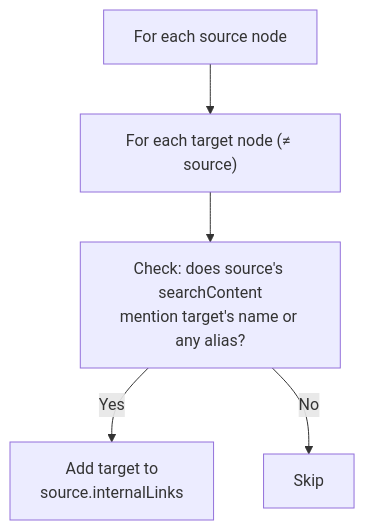
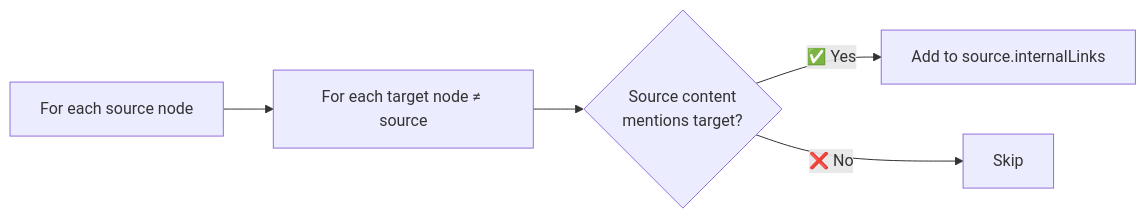
The third of 13 diagrams in README.md (Kavyargb/Neuron-IQ), drawn with Mermaid before and after one commit. The commit also changed other lines of this file, not shown here.

Commit message:
docs: overhaul README with enhanced formatting, project badges, and detailed architecture documentation

````diff
--- a/README.md
+++ b/README.md
@@ -247,7 +282,7 @@
 ```mermaid
-flowchart TD
-    A["For each source node"] --> B["For each target node (≠ source)"]
-    B --> C["Check: does source's searchContent<br>mention target's name or any alias?"]
-    C -- "Yes" --> D["Add target to<br>source.internalLinks"]
-    C -- "No" --> E["Skip"]
+flowchart LR
+    A["For each source node"] --> B["For each target node ≠ source"]
+    B --> C{"Source content<br/>mentions target?"}
+    C -- "✅ Yes" --> D["Add to source.internalLinks"]
+    C -- "❌ No" --> E["Skip"]
 ```
````
